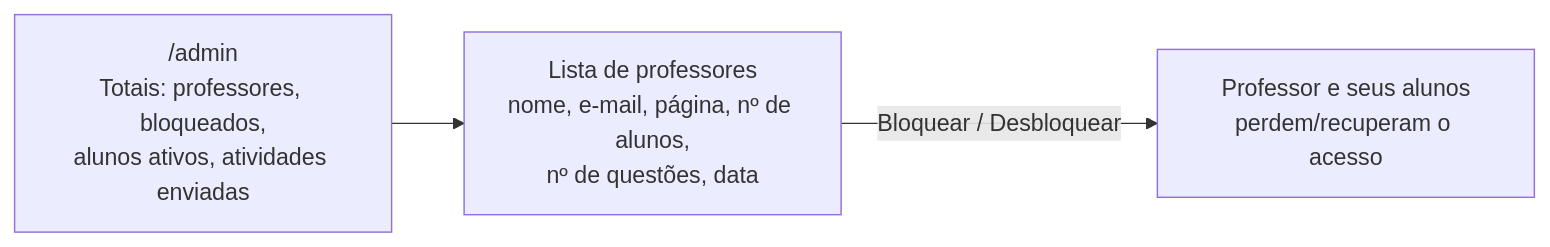
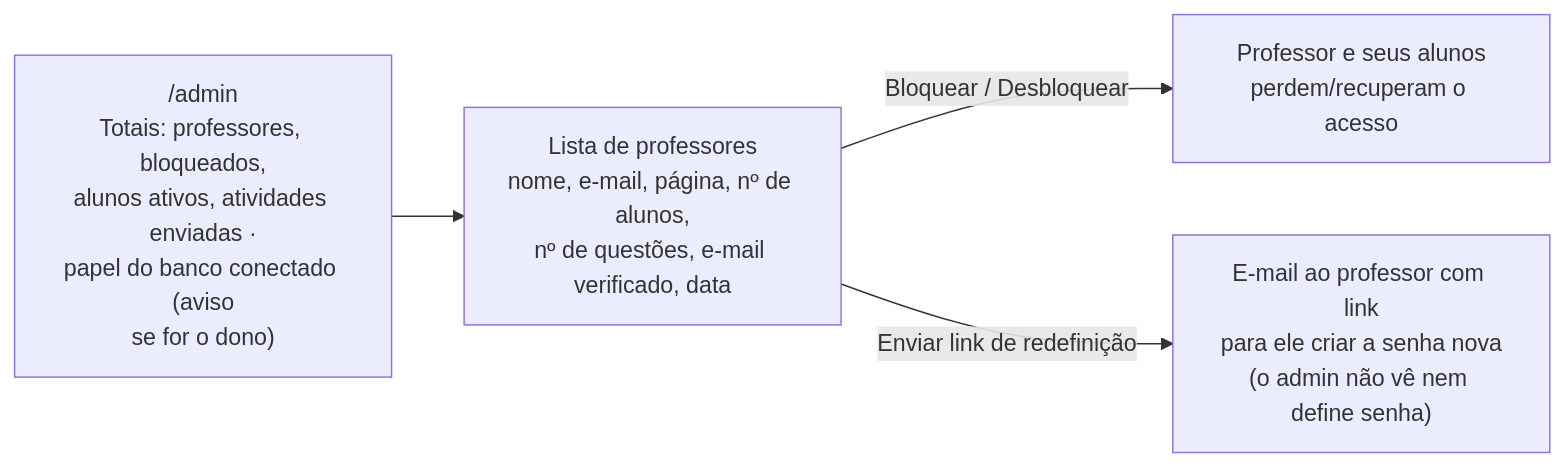
Before and after one commit to devleandrosilva99/teacher-sarah: the fourth of 10 diagrams in docs/DIAGRAMA.md, drawn with Mermaid. The commit also changed other lines of this file and 3 other files, not shown here.

First line of the commit message:
Fase 2: documentação, diagramas e relatório

````diff
--- a/docs/DIAGRAMA.md
+++ b/docs/DIAGRAMA.md
@@ -150,6 +159,7 @@
 ```mermaid
 flowchart LR
-    AD["/admin<br/>Totais: professores, bloqueados,<br/>alunos ativos, atividades enviadas"]
-    AD --> LT["Lista de professores<br/>nome, e-mail, página, nº de alunos,<br/>nº de questões, data"]
+    AD["/admin<br/>Totais: professores, bloqueados,<br/>alunos ativos, atividades enviadas ·<br/>papel do banco conectado (aviso<br/>se for o dono)"]
+    AD --> LT["Lista de professores<br/>nome, e-mail, página, nº de alunos,<br/>nº de questões, e-mail verificado, data"]
     LT -->|Bloquear / Desbloquear| B["Professor e seus alunos<br/>perdem/recuperam o acesso"]
+    LT -->|Enviar link de redefinição| M["E-mail ao professor com link<br/>para ele criar a senha nova<br/>(o admin não vê nem define senha)"]
 ```
````
